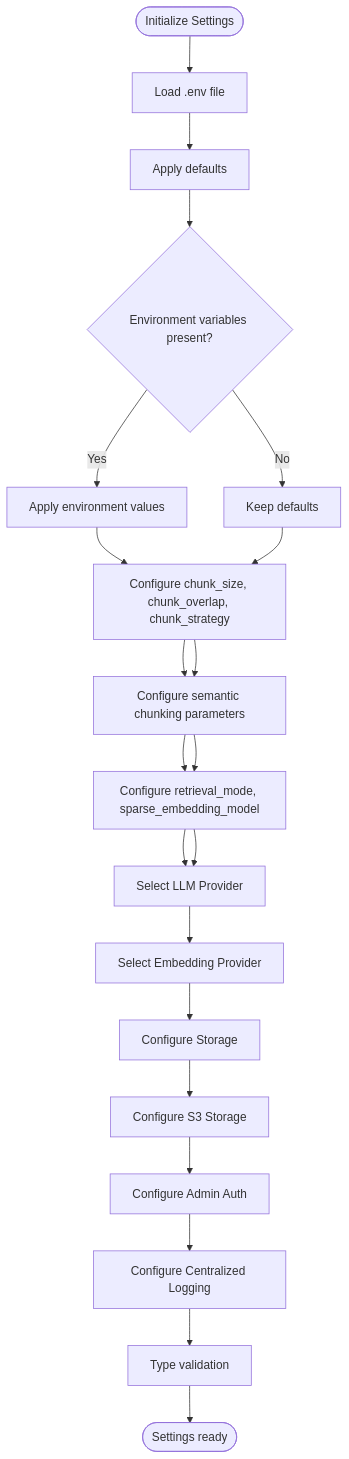
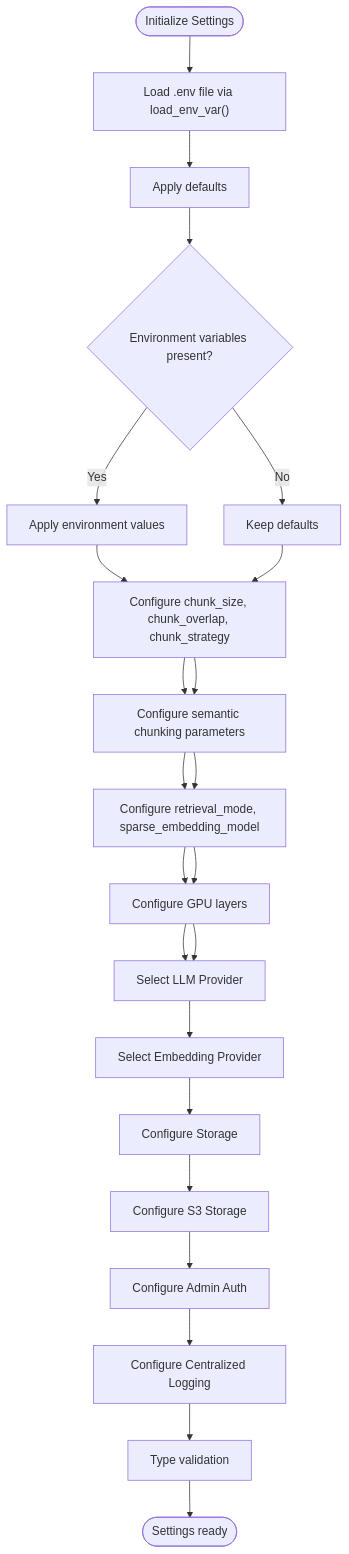
The fifth of 14 diagrams in .qoder/repowiki/en/content/Configuration Management.md (ognelis/cafetera_hr_bot), drawn with Mermaid before and after one commit. The commit also changed other lines of this file and 2 other files, not shown here.

````diff
--- a/.qoder/repowiki/en/content/Configuration Management.md
+++ b/.qoder/repowiki/en/content/Configuration Management.md
@@ -390,23 +453,25 @@
 ```mermaid
 flowchart TD
-Start(["Initialize Settings"]) --> LoadEnv["Load .env file"]
+Start(["Initialize Settings"]) --> LoadEnv["Load .env file via load_env_var()"]
 LoadEnv --> Defaults["Apply defaults"]
 Defaults --> EnvOverride{"Environment variables present?"}
 EnvOverride --> |Yes| ApplyEnv["Apply environment values"]
 EnvOverride --> |No| KeepDefaults["Keep defaults"]
 ApplyEnv --> ChunkingConfig["Configure chunk_size, chunk_overlap, chunk_strategy"]
 ChunkingConfig --> SemanticConfig["Configure semantic chunking parameters"]
 SemanticConfig --> HybridConfig["Configure retrieval_mode, sparse_embedding_model"]
-HybridConfig --> ProviderSelect["Select LLM Provider"]
+HybridConfig --> GPUCfg["Configure GPU layers"]
+GPUCfg --> ProviderSelect["Select LLM Provider"]
 ProviderSelect --> EmbeddingSelect["Select Embedding Provider"]
 EmbeddingSelect --> StorageConfig["Configure Storage"]
 StorageConfig --> S3Config["Configure S3 Storage"]
 S3Config --> AdminConfig["Configure Admin Auth"]
 AdminConfig --> LoggingConfig["Configure Centralized Logging"]
 LoggingConfig --> Validate["Type validation"]
 KeepDefaults --> ChunkingConfig
 ChunkingConfig --> SemanticConfig
 SemanticConfig --> HybridConfig
-HybridConfig --> ProviderSelect
+HybridConfig --> GPUCfg
+GPUCfg --> ProviderSelect
 Validate --> Done(["Settings ready"])
 ```
````
